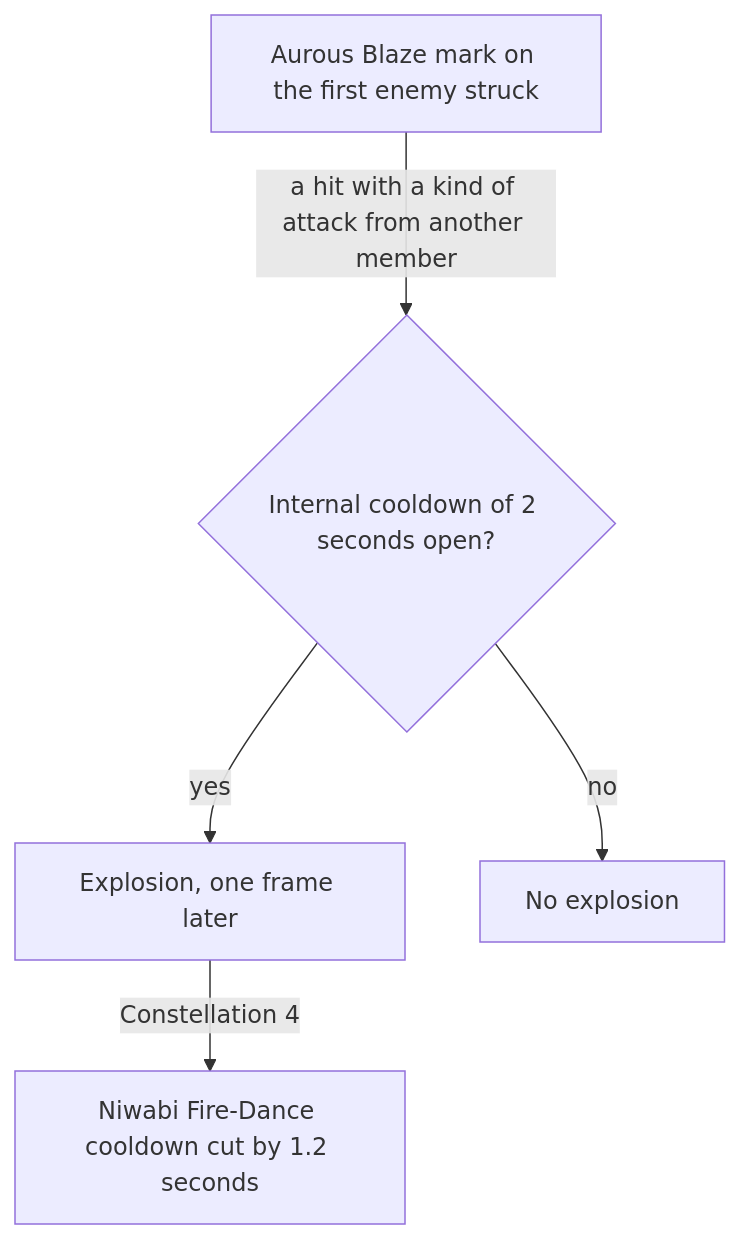
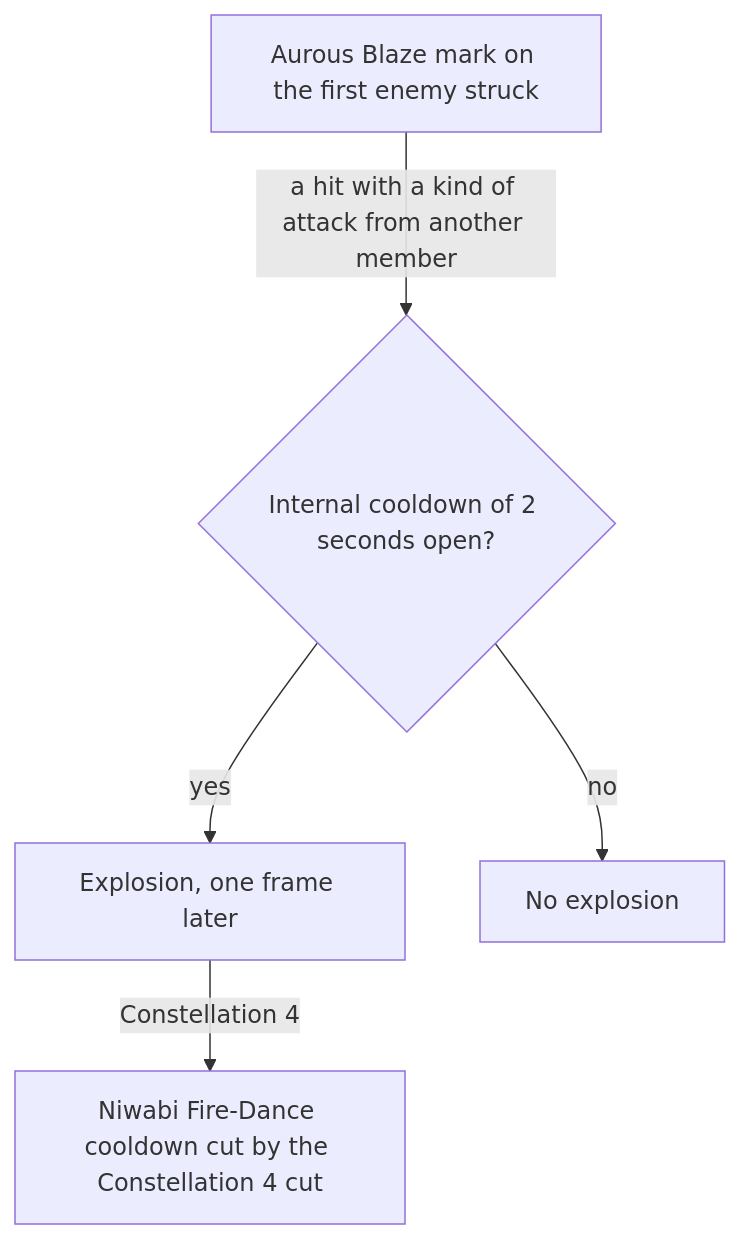
One commit to Esposter/Esposter changed the diagram in openspec/specs/genshin/kits/yoimiya/design.md. Above: the diagram before and after it, drawn with Mermaid. The commit also changed other lines of this file, not shown here.

First line of the commit message:
docs(genshin): yoimiya's page drops the roadmap pointer that names no plunge, states the landing-time gap as present fact, and names Constellation 4's cut by its constant

````diff
--- a/openspec/specs/genshin/kits/yoimiya/design.md
+++ b/openspec/specs/genshin/kits/yoimiya/design.md
@@ -7,7 +7,7 @@
 ```mermaid
 flowchart TD
     A["Aurous Blaze mark on the first enemy struck"] -->|"a hit with a kind of attack from another member"| B{"Internal cooldown of 2 seconds open?"}
     B -->|"yes"| C["Explosion, one frame later"]
     B -->|"no"| D["No explosion"]
-    C -->|"Constellation 4"| E["Niwabi Fire-Dance cooldown cut by 1.2 seconds"]
+    C -->|"Constellation 4"| E["Niwabi Fire-Dance cooldown cut by the Constellation 4 cut"]
 ```
````
